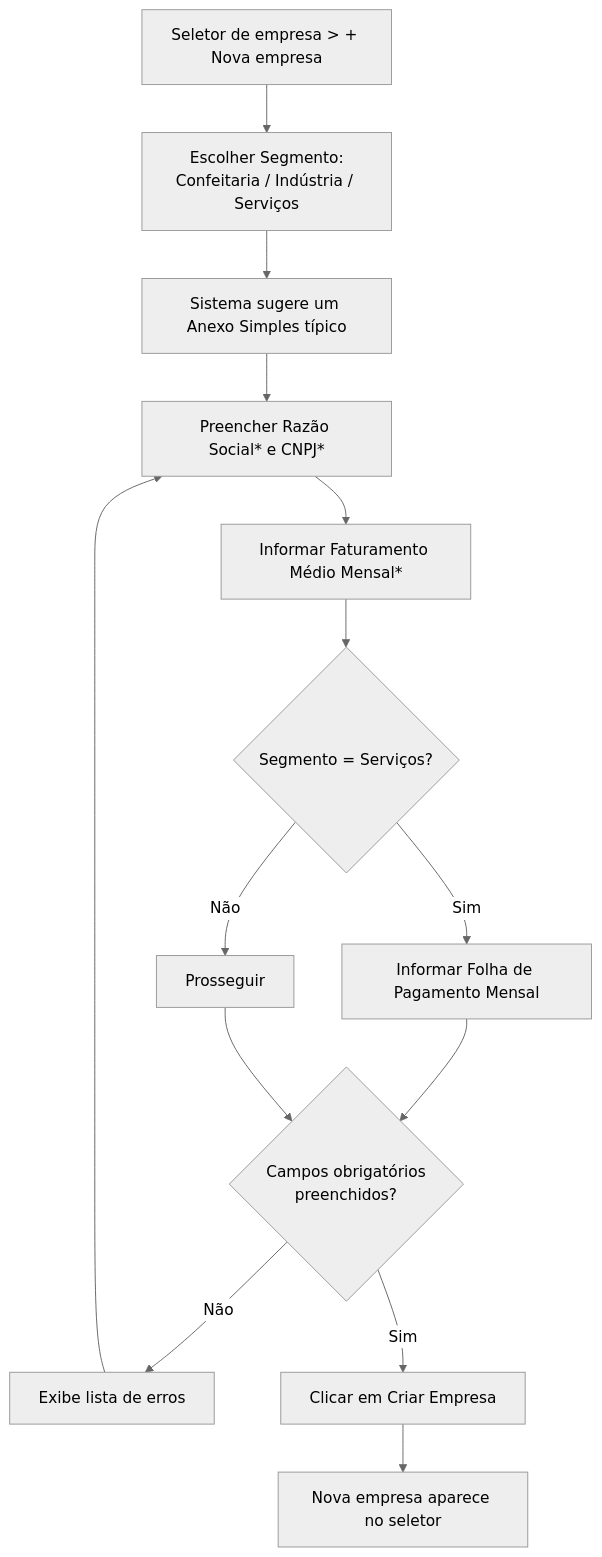
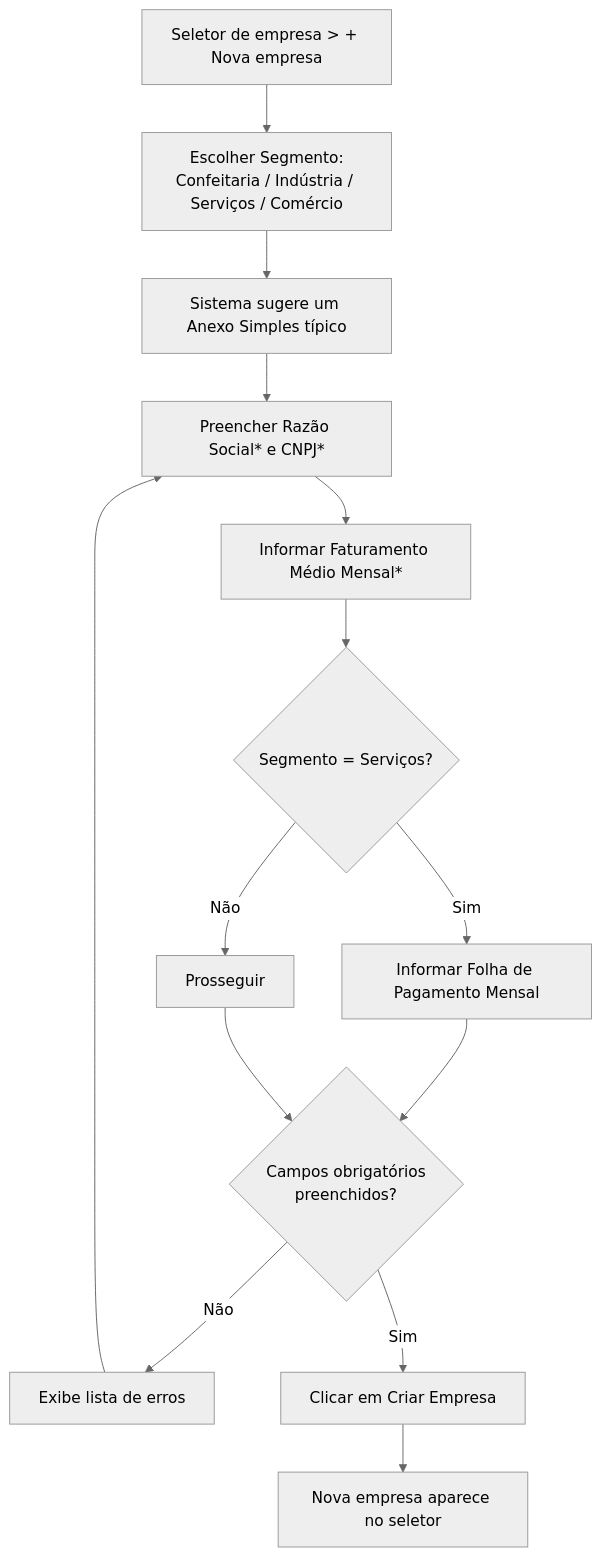
The second of 2 diagrams in docs/manual/04-cadastro-empresa.md (edvaldosm/markup-front), drawn with Mermaid (neutral theme) before and after one commit. The commit also changed other lines of this file and 15 other files, not shown here.

````diff
--- a/docs/manual/04-cadastro-empresa.md
+++ b/docs/manual/04-cadastro-empresa.md
@@ -77,16 +77,16 @@
 ```mermaid
 flowchart TD
-    A["Seletor de empresa > + Nova empresa"] --> B["Escolher Segmento:\nConfeitaria / Indústria / Serviços"]
+    A["Seletor de empresa > + Nova empresa"] --> B["Escolher Segmento:\nConfeitaria / Indústria / Serviços / Comércio"]
     B --> C[Sistema sugere um Anexo Simples típico]
     C --> D["Preencher Razão Social* e CNPJ*"]
     D --> E[Informar Faturamento Médio Mensal*]
     E --> F{Segmento = Serviços?}
     F -- Sim --> G[Informar Folha de Pagamento Mensal]
     F -- Não --> H[Prosseguir]
     G --> I{Campos obrigatórios\npreenchidos?}
     H --> I
     I -- Não --> J[Exibe lista de erros]
     J --> D
     I -- Sim --> K["Clicar em Criar Empresa"]
     K --> L[Nova empresa aparece no seletor]
 ```
````
